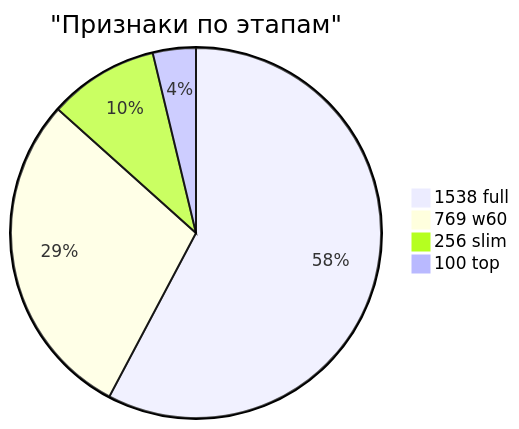
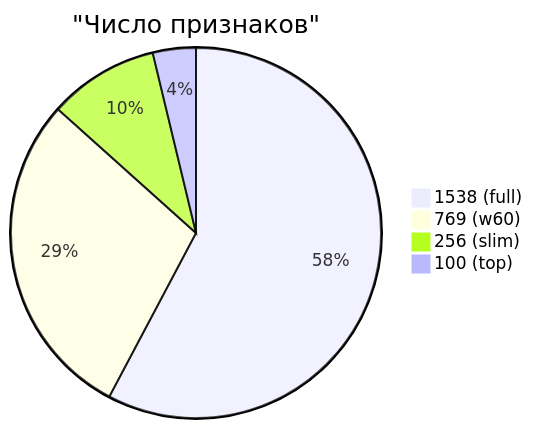
Before and after one commit to Misha-42/soda-ml-carbonation-control: the fourth of 6 diagrams in experiments/soda-ml-nir_targetB_v6/README.md, drawn with Mermaid. The commit also changed other lines of this file, not shown here.

````diff
--- a/experiments/soda-ml-nir_targetB_v6/README.md
+++ b/experiments/soda-ml-nir_targetB_v6/README.md
@@ -134,7 +82,7 @@
 ```mermaid
-pie title "Признаки по этапам"
-    "1538 full" : 1538
-    "769 w60" : 769
-    "256 slim" : 256
-    "100 top" : 100
+    pie title "Число признаков"
+        "1538 (full)" : 1538
+        "769 (w60)"   : 769
+        "256 (slim)"  : 256
+        "100 (top)"   : 100
 ```
````
